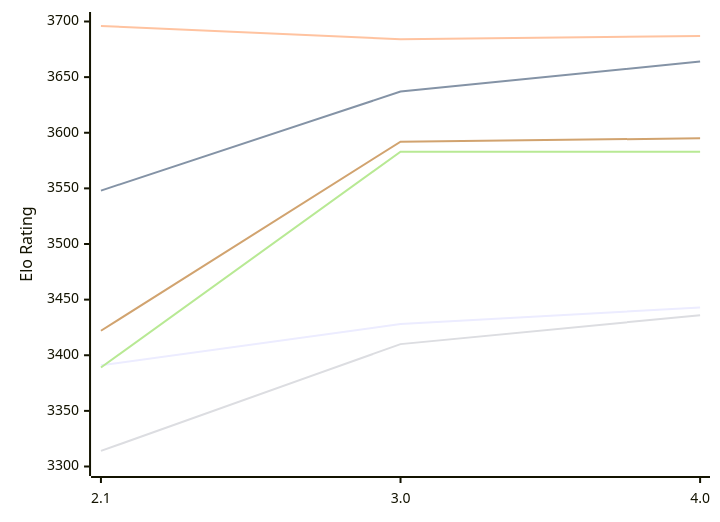
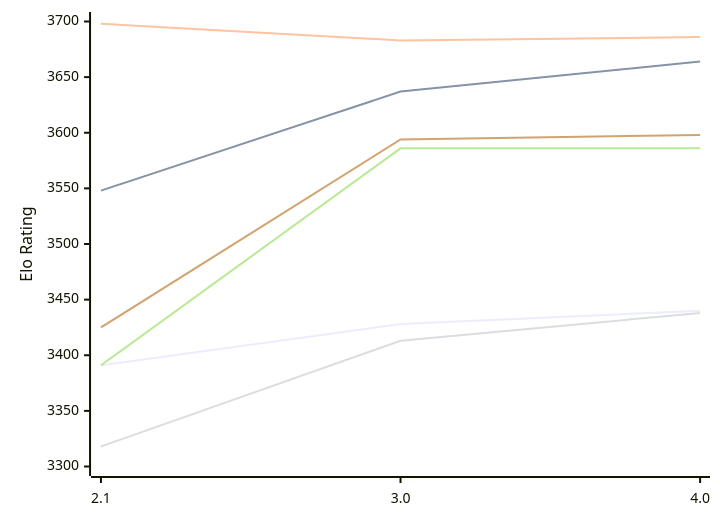
One commit to computer-chess-index/cci changed the first of 2 diagrams in engines/Hobbes.md. Above: the diagram before and after it, drawn with Mermaid. The commit also changed other lines of this file, not shown here.

Commit message:
Update CCI Ratings (ELO VLTC) - 2026-11-24

````diff
--- a/engines/Hobbes.md
+++ b/engines/Hobbes.md
@@ -53,12 +53,12 @@
 ```mermaid
 %%{init: {"theme":"base","themeVariables":{"seriesColors:['#a3a3a3','#222221','#faa371']}}}%%
 xychart-beta
   x-axis ["2.1", "3.0", "4.0"]
   y-axis "Elo Rating" 3300 --> 3700
-  line "E1: STC (8.0+0.08s)" [3391, 3428, 3443]
+  line "E1: STC (8.0+0.08s)" [3391, 3428, 3440]
   line "E1: LTC (60.0+0.60s)" [3548, 3637, 3664]
-  line "E1: VLTC (2m24s+1.12s)" [3696, 3684, 3687]
-  line "P1: STC (8.0+0.08s)" [3314, 3410, 3436]
-  line "P1: LTC (60.0+0.60s)" [3389, 3583, 3583]
-  line "P1: VLTC (2m24s+1.12s)" [3422, 3592, 3595]
+  line "E1: VLTC (2m24s+1.12s)" [3698, 3683, 3686]
+  line "P1: STC (8.0+0.08s)" [3318, 3413, 3438]
+  line "P1: LTC (60.0+0.60s)" [3391, 3586, 3586]
+  line "P1: VLTC (2m24s+1.12s)" [3425, 3594, 3598]
 ```
````
